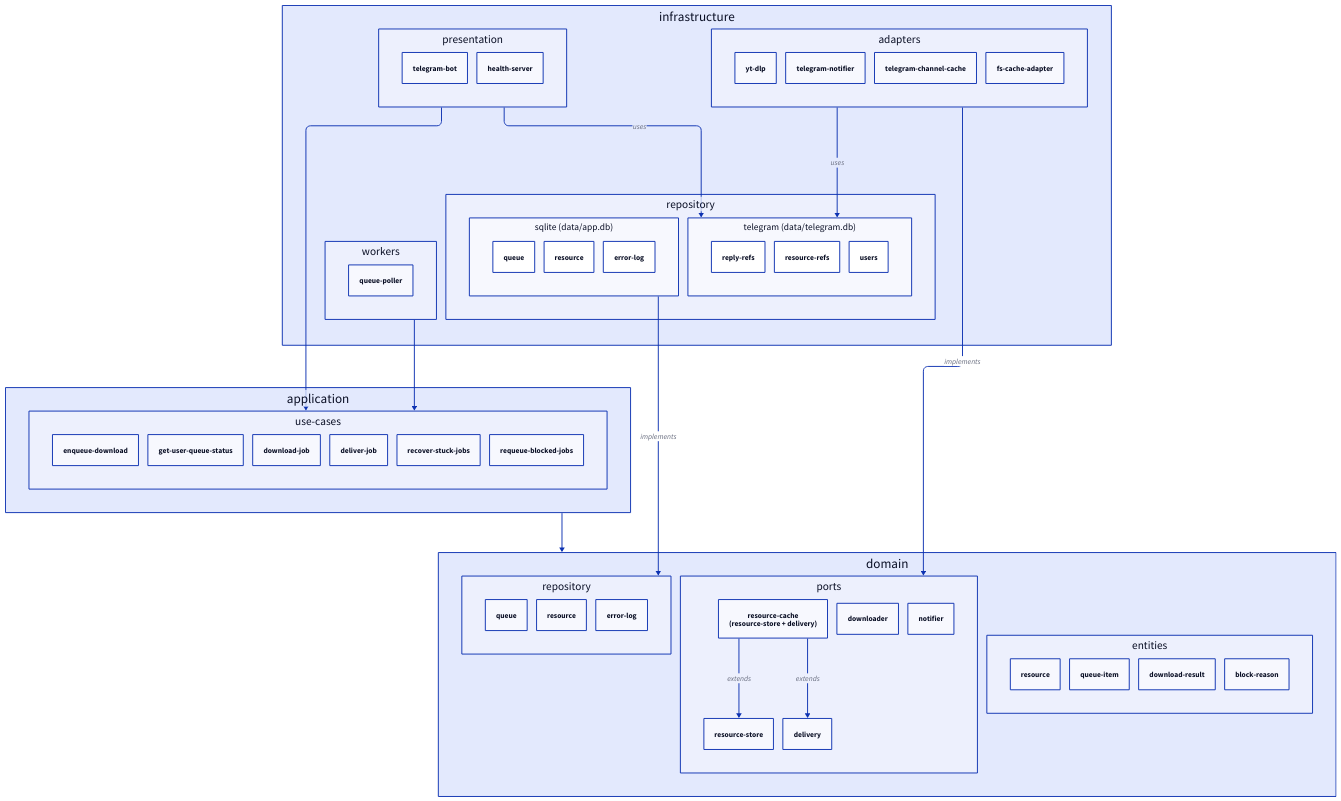
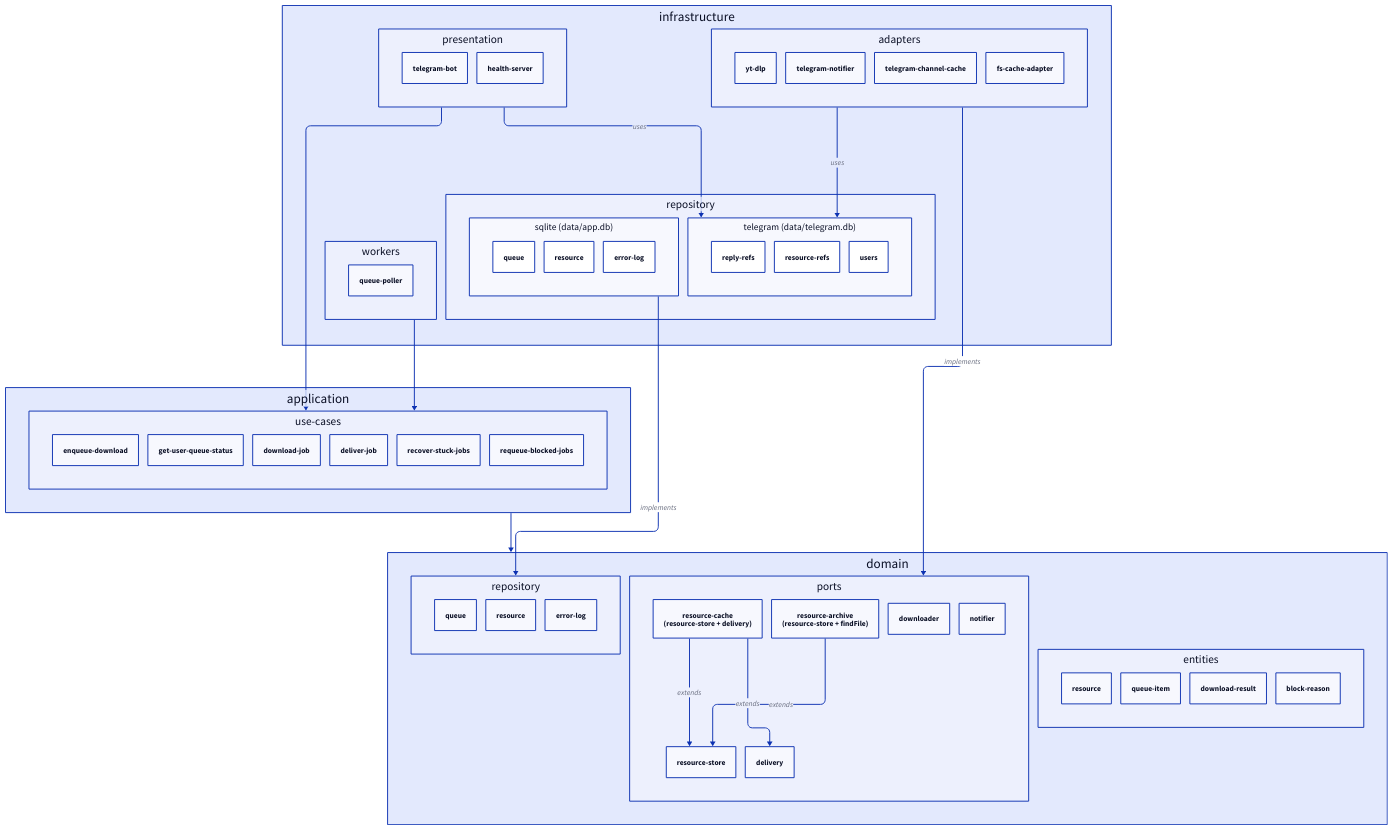
One commit to iwwwanow/kanalveschaniya changed the diagram in docs/diagrams/core.d2. Above: the diagram before and after it, drawn with D2. The commit also changed 1 other file, not shown here.

Commit message:
docs(diagrams): show ResourceArchivePort and align the ports diagram with the code
fs-cache-adapter implements ResourceArchivePort (resource-store + findFile),
not the plain store; core.d2 gets the port, the ports diagram merges the two job
stages into one node (like the telegram diagram) and labels what they use.

```diff
--- a/docs/diagrams/core.d2
+++ b/docs/diagrams/core.d2
@@ -1,88 +1,92 @@
 vars: {
   d2-config: {
     layout-engine: elk
   }
 }
 
 direction: down
 
 # Зависимости направлены внутрь: infrastructure -> application -> domain.
 # Детали infrastructure — в core.infrastructure.ports.d2 и core.infrastructure.telegram.d2.
 infrastructure.presentation -> application.use-cases
 infrastructure.workers -> application.use-cases
 infrastructure.repository.sqlite -> domain.repository: implements
 infrastructure.adapters -> domain.ports: implements
 
 application -> domain
 
 domain.ports.resource-cache -> domain.ports.resource-store: extends
+domain.ports.resource-archive -> domain.ports.resource-store: extends
 domain.ports.resource-cache -> domain.ports.delivery: extends
 
 # telegram-репозитории: интерфейсы живут в самой infrastructure (не в domain),
 # поэтому адаптеры и presentation ходят в них напрямую
 infrastructure.adapters -> infrastructure.repository.telegram: uses
 infrastructure.presentation -> infrastructure.repository.telegram: uses
 
 infrastructure: {
   presentation: {
     telegram-bot
     health-server
   }
   adapters: {
     yt-dlp
     telegram-notifier
     telegram-channel-cache
     fs-cache-adapter
   }
   repository: {
     sqlite: {
       label: "sqlite (data/app.db)"
       queue
       resource
       error-log
     }
     telegram: {
       label: "telegram (data/telegram.db)"
       reply-refs
       resource-refs
       users
     }
   }
   workers: {
     queue-poller
   }
 }
 
 application: {
   use-cases: {
     enqueue-download
     get-user-queue-status
     download-job
     deliver-job
     recover-stuck-jobs
     requeue-blocked-jobs
   }
 }
 
 domain: {
   entities: {
     resource
     queue-item
     download-result
     block-reason
   }
   ports: {
     downloader
     notifier
     resource-store
     delivery
+    resource-archive: {
+      label: "resource-archive\n(resource-store + findFile)"
+    }
     resource-cache: {
       label: "resource-cache\n(resource-store + delivery)"
     }
   }
   repository: {
     queue
     resource
     error-log
   }
 }
```
